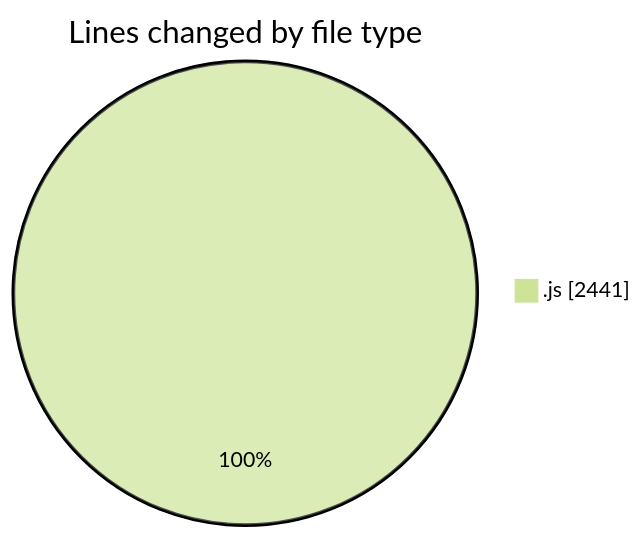
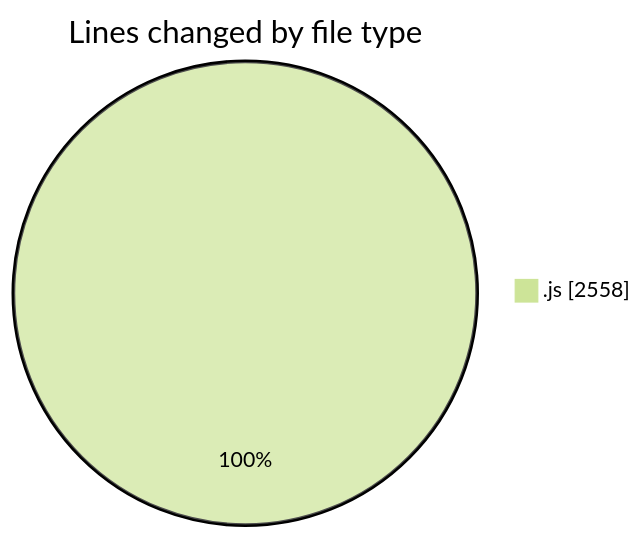
One commit to nxtqubesakshisongat/code-tracking changed the first of 2 diagrams in 2025-08-11/nxtqube_webapp/README.md. Above: the diagram before and after it, drawn with Mermaid (forest theme). The commit also changed other lines of this file and 1 other file, not shown here.

````diff
--- a/2025-08-11/nxtqube_webapp/README.md
+++ b/2025-08-11/nxtqube_webapp/README.md
@@ -21,5 +21,5 @@
 ```mermaid
 pie showData
 title Lines changed by file type
-".js" : 2441
+".js" : 2558
 ```
````
